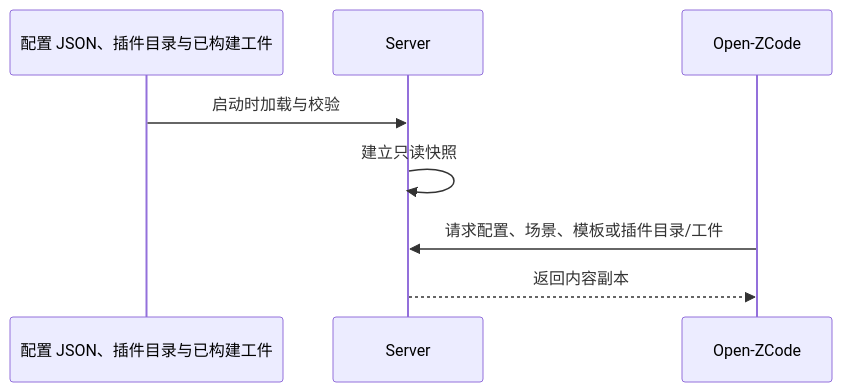
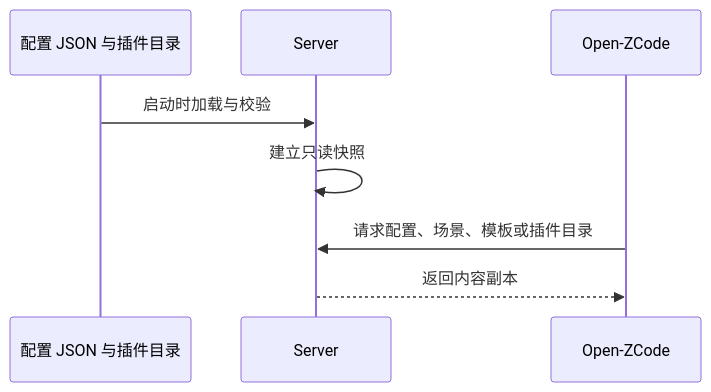
The diagram in README.md (Leelion96/Open-ZCode-Server), drawn with Mermaid before and after one commit. The commit also changed other lines of this file and 1458 other files, not shown here.

````diff
--- a/README.md
+++ b/README.md
@@ -132,10 +117,10 @@
 ```mermaid
 sequenceDiagram
-  participant Files as 配置 JSON、插件目录与已构建工件
+  participant Files as 配置 JSON 与插件目录
   participant Server as Server
   participant Client as Open-ZCode
   Files->>Server: 启动时加载与校验
   Server->>Server: 建立只读快照
-  Client->>Server: 请求配置、场景、模板或插件目录/工件
+  Client->>Server: 请求配置、场景、模板或插件目录
   Server-->>Client: 返回内容副本
 ```
````
